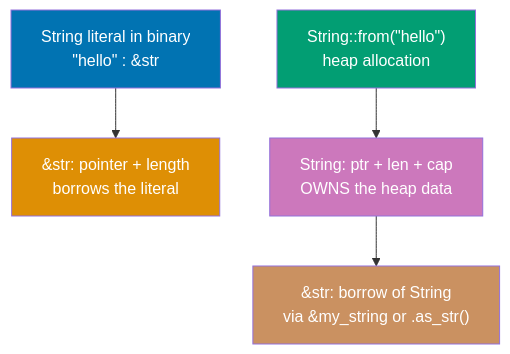
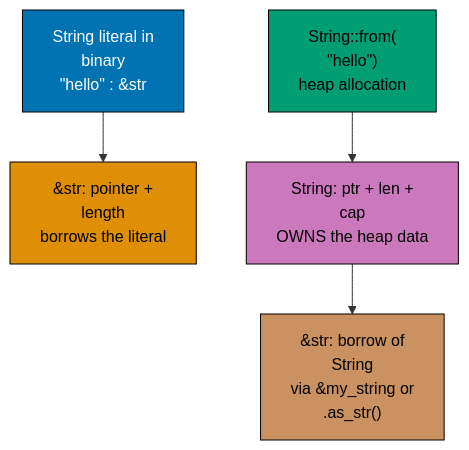
The first of 2 diagrams in apps/ayokoding-www/content/en/learn/legacy/software-engineering/programming-languages/rust/cli-with-rust/by-example/beginner.md (wahidyankf/ose-public), drawn with Mermaid before and after one commit. The commit also changed other lines of this file and 112 other files, not shown here.

First line of the commit message:
fix(mermaid): bring the legacy programming-languages diagrams onto the accessible palette

````diff
--- a/apps/ayokoding-www/content/en/learn/legacy/software-engineering/programming-languages/rust/cli-with-rust/by-example/beginner.md
+++ b/apps/ayokoding-www/content/en/learn/legacy/software-engineering/programming-languages/rust/cli-with-rust/by-example/beginner.md
@@ -222,13 +222,21 @@
 ```mermaid
 %% Color Palette: Blue #0173B2, Orange #DE8F05, Teal #029E73, Purple #CC78BC, Brown #CA9161
 graph TD
-    A["String literal in binary<br/>&quot;hello&quot; : &amp;str"] --> B["&amp;str: pointer + length<br/>borrows the literal"]
-    C["String::from#40;&quot;hello&quot;#41;<br/>heap allocation"] --> D["String: ptr + len + cap<br/>OWNS the heap data"]
-    D --> E["&amp;str: borrow of String<br/>via &amp;my_string or .as_str#40;#41;"]
+    accTitle: Example 5: String Types
+    accDescr: Graph with 7 nodes and 14 connections. Nodes: A, quot, amp, B, C, String: ptr + len + cap OWNS the heap data, E. Connections: A to B, A to amp, quot to B, quot to amp, quot to B, quot to amp, amp to B, amp to amp, C to String: ptr + len + cap OWNS the heap data, quot to String: ptr + len + cap OWNS the heap data, quot to String: ptr + len + cap OWNS the heap data, String: ptr + len + cap OWNS the heap data to E, and 2 more.
+    A["String literal in<br/>binary<br/>&quot;hello&quot; : &amp;str"] --> B["&amp;str: pointer +<br/>length<br/>borrows the literal"]
+    C["String::from#40;<br/>&quot;hello&quot;#41;<br/>heap allocation"] --> D["String: ptr + len +<br/>cap<br/>OWNS the heap data"]
+    D --> E["&amp;str: borrow of<br/>String<br/>via &amp;my_string or<br/>.as_str#40;#41;"]
 
-    style A fill:#0173B2,color:#fff
-    style B fill:#DE8F05,color:#fff
-    style C fill:#029E73,color:#fff
-    style D fill:#CC78BC,color:#fff
-    style E fill:#CA9161,color:#fff
+    classDef pal-0173B2 fill:#0173B2,stroke:#000000,color:#FFFFFF
+    class A pal-0173B2
+    classDef pal-DE8F05 fill:#DE8F05,stroke:#000000,color:#000000
+    class B pal-DE8F05
+    classDef pal-029E73 fill:#029E73,stroke:#000000,color:#000000
+    class C pal-029E73
+    classDef pal-CC78BC fill:#CC78BC,stroke:#000000,color:#000000
+    class D pal-CC78BC
+    classDef pal-CA9161 fill:#CA9161,stroke:#000000,color:#000000
+    class E pal-CA9161
+    classDef default fill:#FFFFFF,stroke:#000000,color:#000000
 ```
````
